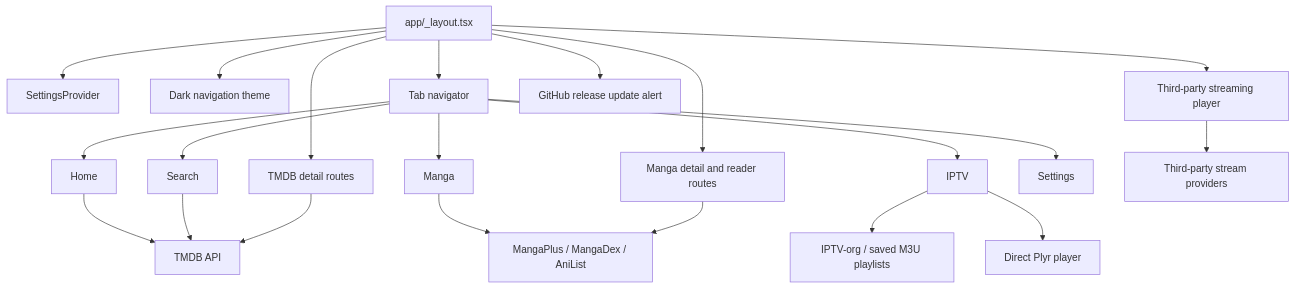
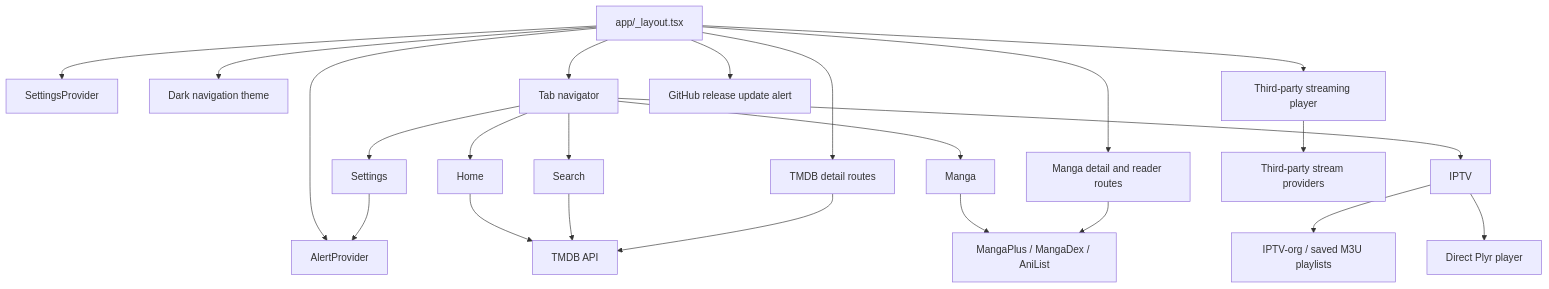
Before and after one commit to kunalkcube/yummy: the diagram in MEMORY.md, drawn with Mermaid. The commit also changed other lines of this file and 13 other files, not shown here.

````diff
--- a/MEMORY.md
+++ b/MEMORY.md
@@ -16,25 +16,27 @@
 ```mermaid
 flowchart TD
     Root[app/_layout.tsx] --> Settings[SettingsProvider]
+    Root --> Alerts[AlertProvider]
     Root --> Theme[Dark navigation theme]
     Root --> Tabs[Tab navigator]
     Root --> Details[TMDB detail routes]
     Root --> Player[Third-party streaming player]
     Root --> Manga[Manga detail and reader routes]
     Root --> Updates[GitHub release update alert]
 
     Tabs --> Home[Home]
     Tabs --> Search[Search]
     Tabs --> MangaTab[Manga]
     Tabs --> IptvTab[IPTV]
     Tabs --> SettingsTab[Settings]
 
     Home --> TMDB[TMDB API]
     Search --> TMDB
     Details --> TMDB
     Player --> Providers[Third-party stream providers]
     MangaTab --> MangaAPIs[MangaPlus / MangaDex / AniList]
     Manga --> MangaAPIs
     IptvTab --> IptvOrg[IPTV-org / saved M3U playlists]
     IptvTab --> IptvPlayer[Direct Plyr player]
+    SettingsTab --> Alerts
 ```
````
